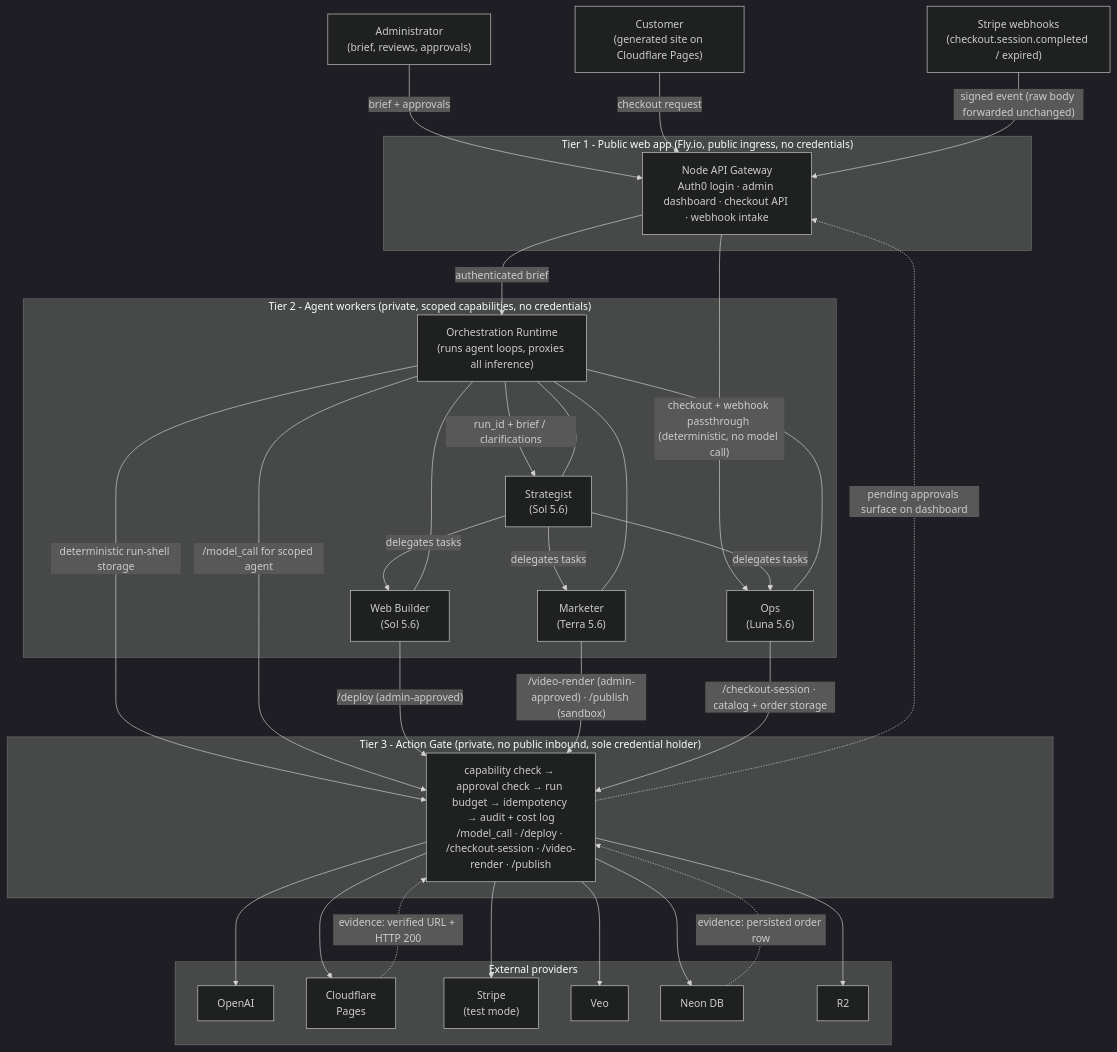
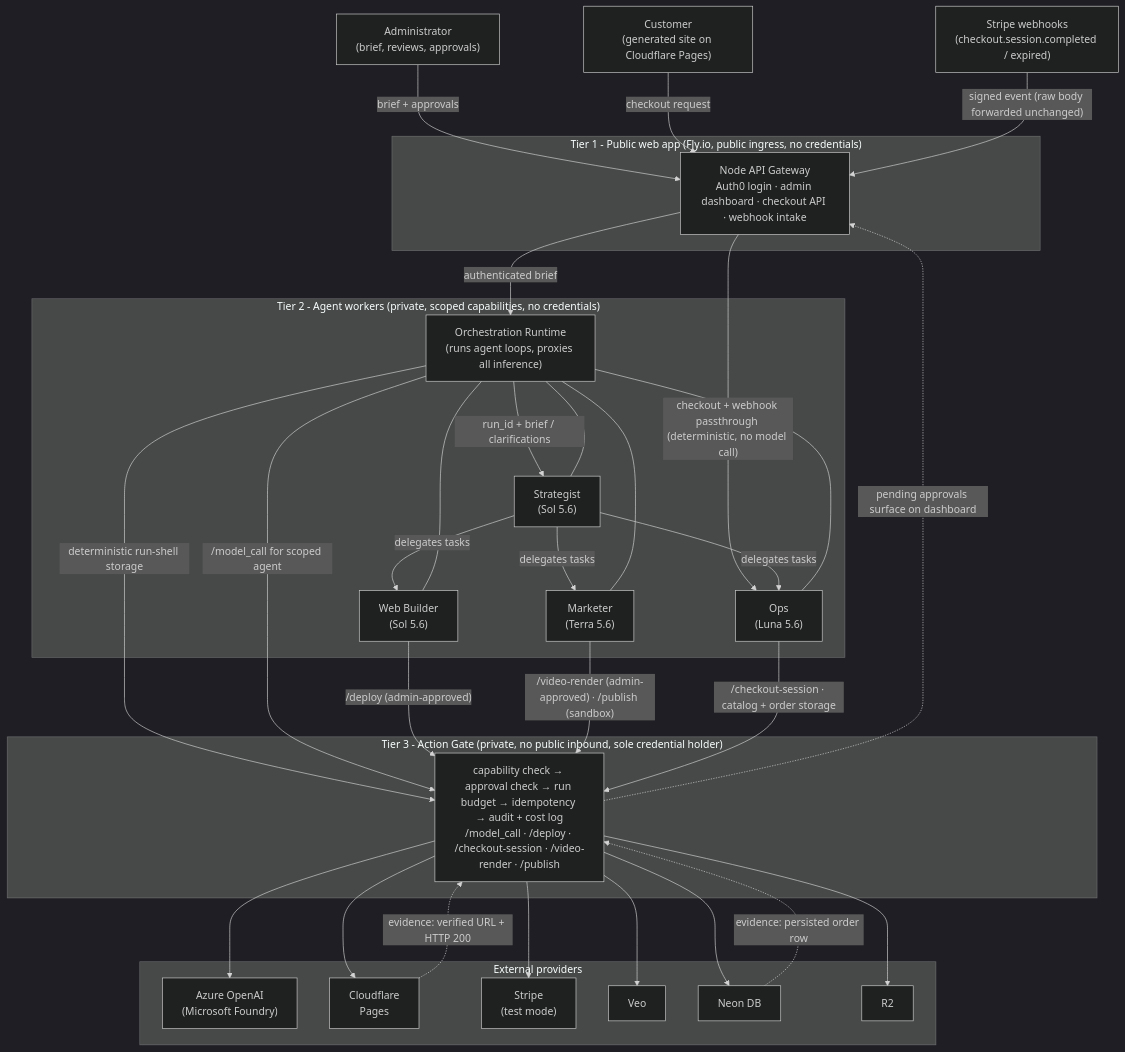
The diagram in DESIGN.md (Bhardwaj-Saurabh/EPYHIA_AI_agency), drawn with Mermaid (dark theme) before and after one commit. The commit also changed other lines of this file, not shown here.

First line of the commit message:
Switch model provider to Azure OpenAI (Microsoft Foundry)

````diff
--- a/DESIGN.md
+++ b/DESIGN.md
@@ -17,64 +17,64 @@
 ```mermaid
 flowchart TD
     Admin["Administrator<br/>(brief, reviews, approvals)"]
     Customer["Customer<br/>(generated site on Cloudflare Pages)"]
     StripeWH["Stripe webhooks<br/>(checkout.session.completed / expired)"]
 
     subgraph T1["Tier 1 - Public web app (Fly.io, public ingress, no credentials)"]
         API["Node API Gateway<br/>Auth0 login · admin dashboard · checkout API · webhook intake"]
     end
 
     subgraph T2["Tier 2 - Agent workers (private, scoped capabilities, no credentials)"]
         Runtime["Orchestration Runtime<br/>(runs agent loops, proxies all inference)"]
         Strategist["Strategist<br/>(Sol 5.6)"]
         WebBuilder["Web Builder<br/>(Sol 5.6)"]
         Marketer["Marketer<br/>(Terra 5.6)"]
         Ops["Ops<br/>(Luna 5.6)"]
     end
 
     subgraph T3["Tier 3 - Action Gate (private, no public inbound, sole credential holder)"]
         Gate["capability check → approval check → run budget → idempotency → audit + cost log<br/>/model_call · /deploy · /checkout-session · /video-render · /publish"]
     end
 
     subgraph EXT["External providers"]
-        OpenAI["OpenAI"]
+        OpenAI["Azure OpenAI<br/>(Microsoft Foundry)"]
         CF["Cloudflare<br/>Pages"]
         Stripe["Stripe<br/>(test mode)"]
         Veo["Veo"]
         Neon["Neon DB"]
         R2["R2"]
     end
 
     Admin -->|brief + approvals| API
     Customer -->|checkout request| API
     StripeWH -->|"signed event (raw body forwarded unchanged)"| API
 
     API -->|authenticated brief| Runtime
     Runtime -->|deterministic run-shell storage| Gate
     Runtime -->|run_id + brief / clarifications| Strategist
     API -->|"checkout + webhook passthrough (deterministic, no model call)"| Ops
     Strategist -->|delegates tasks| WebBuilder
     Strategist -->|delegates tasks| Marketer
     Strategist -->|delegates tasks| Ops
 
     Strategist --- Runtime
     WebBuilder --- Runtime
     Marketer --- Runtime
     Ops --- Runtime
     Runtime -->|"/model_call for scoped agent"| Gate
 
     WebBuilder -->|"/deploy (admin-approved)"| Gate
     Marketer -->|"/video-render (admin-approved) · /publish (sandbox)"| Gate
     Ops -->|"/checkout-session · catalog + order storage"| Gate
 
     Gate -.->|"pending approvals surface on dashboard"| API
     CF -.->|"evidence: verified URL + HTTP 200"| Gate
     Neon -.->|"evidence: persisted order row"| Gate
 
     Gate --> OpenAI
     Gate --> CF
     Gate --> Stripe
     Gate --> Veo
     Gate --> Neon
     Gate --> R2
 ```
````
